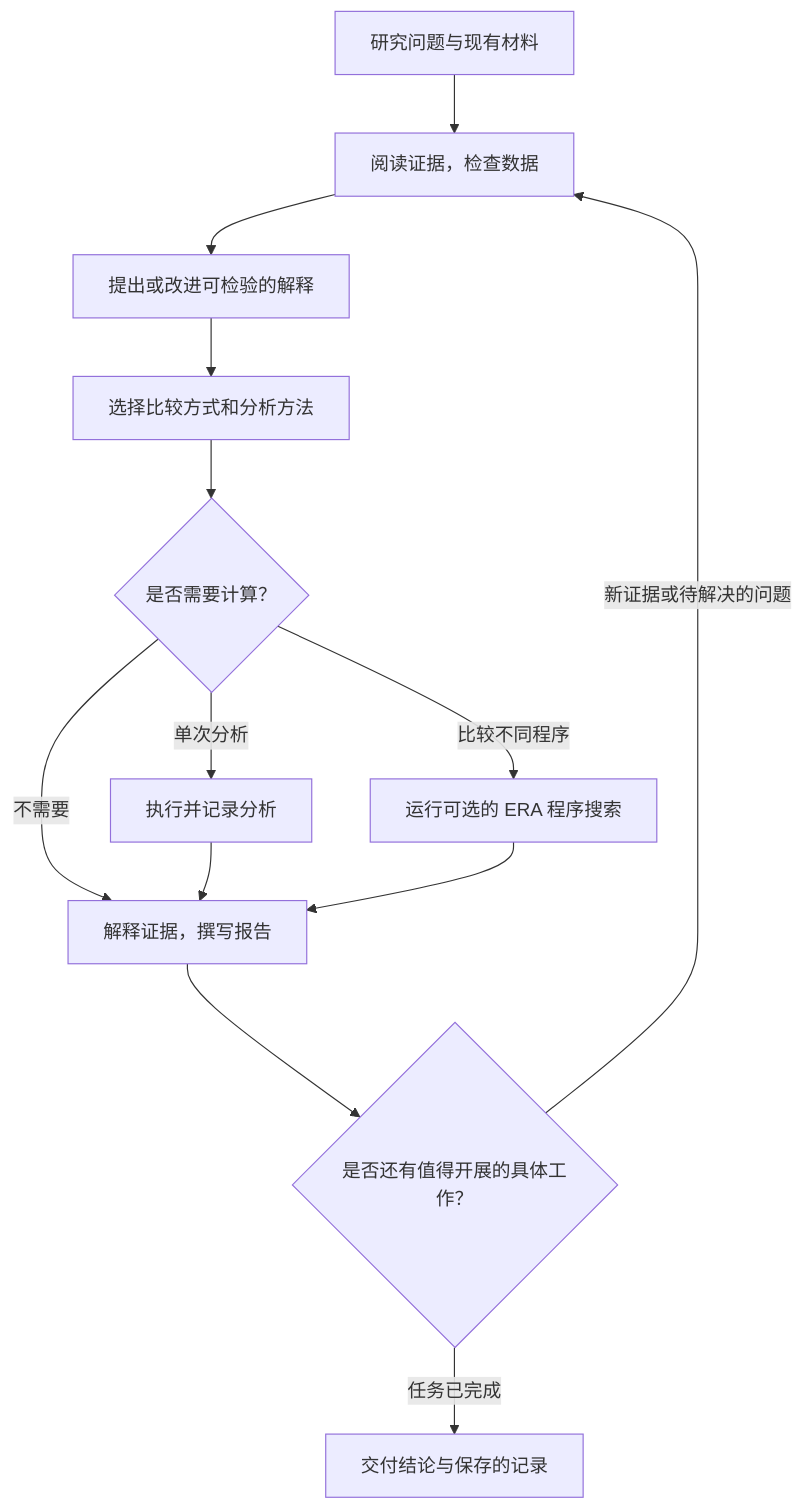
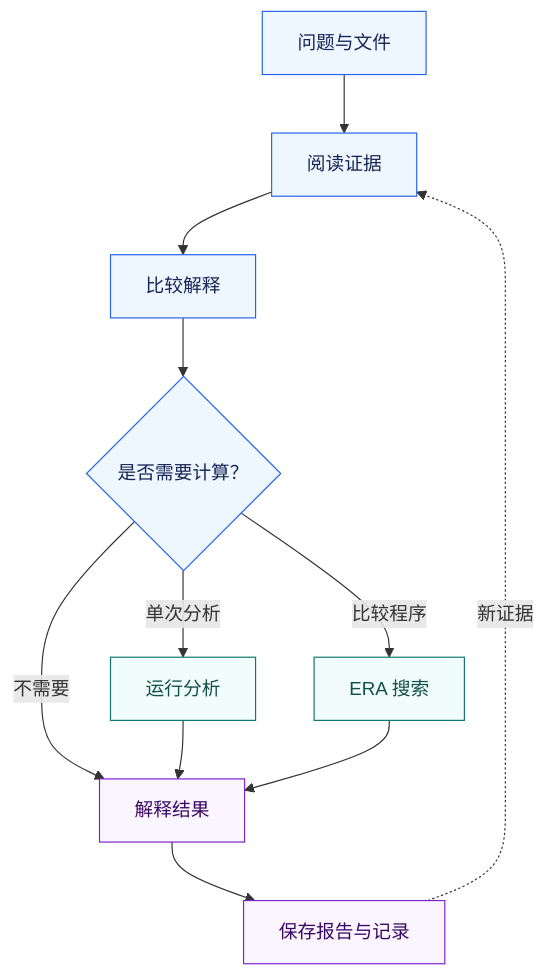
One commit to SUAT-ZhangLab/ResearchWeave changed the second of 2 diagrams in README.md. Above: the diagram before and after it, drawn with Mermaid. The commit also changed other lines of this file and 1 other file, not shown here.

````diff
--- a/README.md
+++ b/README.md
@@ -333,15 +383,19 @@
 ```mermaid
 flowchart TD
-    A["研究问题与现有材料"] --> B["阅读证据，检查数据"]
-    B --> C["提出或改进可检验的解释"]
-    C --> D["选择比较方式和分析方法"]
-    D --> E{"是否需要计算？"}
-    E -->|不需要| H["解释证据，撰写报告"]
-    E -->|单次分析| F["执行并记录分析"]
-    E -->|比较不同程序| G["运行可选的 ERA 程序搜索"]
-    F --> H
-    G --> H
-    H --> I{"是否还有值得开展的具体工作？"}
-    I -->|新证据或待解决的问题| B
-    I -->|任务已完成| J["交付结论与保存的记录"]
+    A["问题与文件"] --> B["阅读证据"]
+    B --> C["比较解释"]
+    C --> D{"是否需要计算？"}
+    D -->|不需要| G["解释结果"]
+    D -->|单次分析| E["运行分析"]
+    D -->|比较程序| F["ERA 搜索"]
+    E --> G
+    F --> G
+    G --> H["保存报告与记录"]
+    H -. 新证据 .-> B
+    classDef research fill:#eef6ff,stroke:#2563eb,color:#172554
+    classDef compute fill:#f0fdfa,stroke:#0f766e,color:#134e4a
+    classDef output fill:#faf5ff,stroke:#7e22ce,color:#3b0764
+    class A,B,C,D research
+    class E,F compute
+    class G,H output
 ```
````
